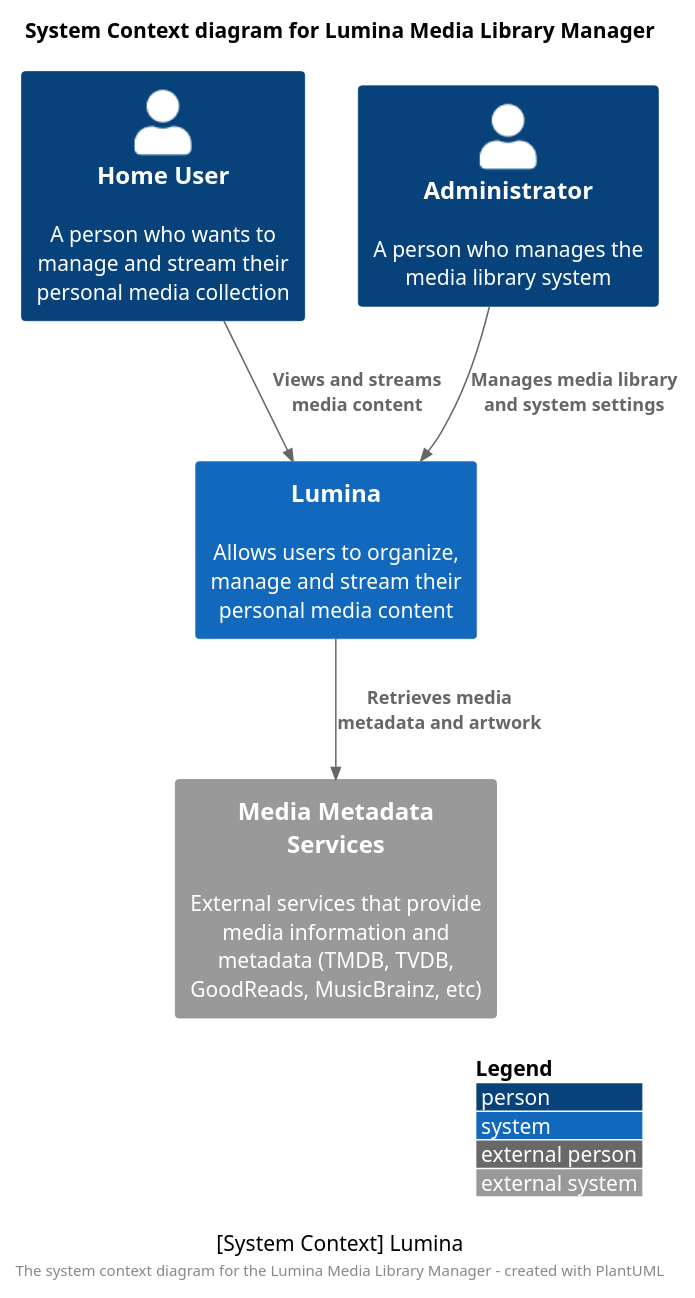
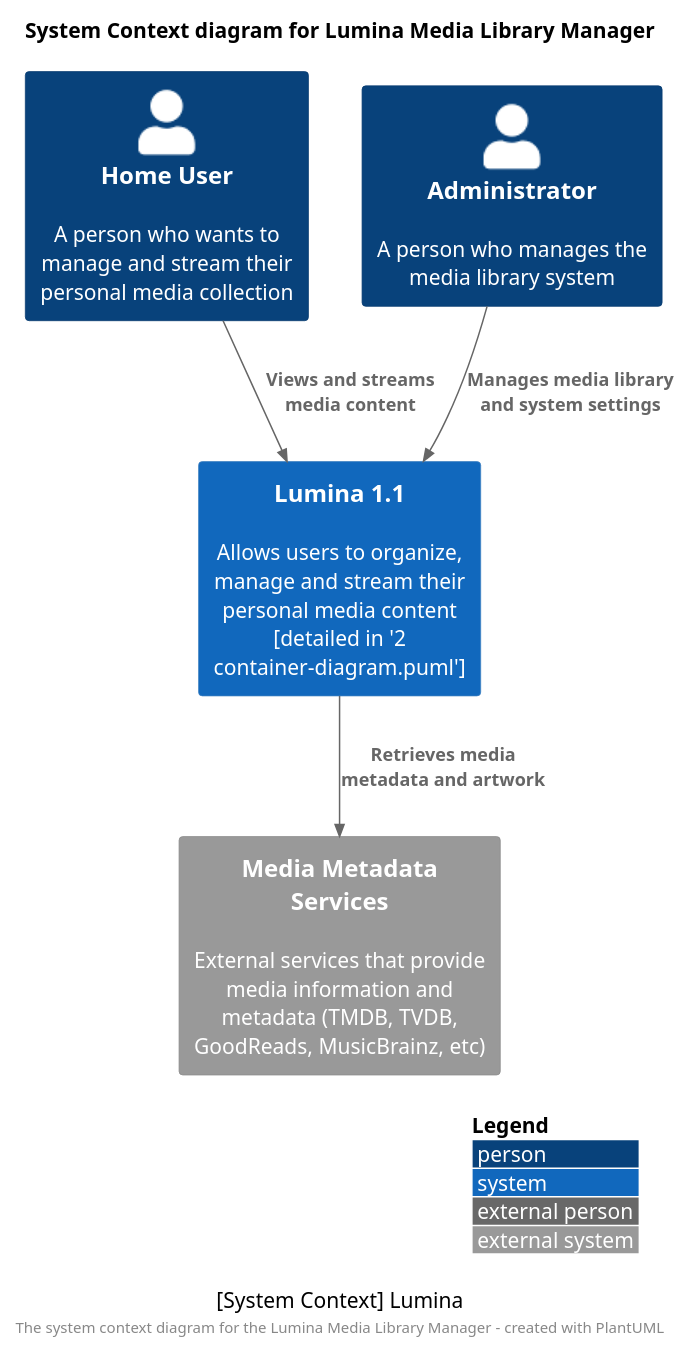
Before and after one commit to BinaryAlley/Lumina: the diagram in docs/technical/architecture/1 system-context-diagram.puml, drawn with PlantUML. The commit also changed 10 other files, not shown here.

Commit message:
Adds remaining architecture diagrams

```diff
--- a/docs/technical/architecture/1 system-context-diagram.puml
+++ b/docs/technical/architecture/1 system-context-diagram.puml
@@ -1,22 +1,22 @@
-@startuml test
+@startuml Lumina System Context Diagram
 !include <C4/C4_Context>
 
 LAYOUT_WITH_LEGEND()
 title System Context diagram for Lumina Media Library Manager
 
 Person(user, "Home User", "A person who wants to manage and stream their personal media collection")
 Person(admin, "Administrator", "A person who manages the media library system")
 
-System(lumina, "Lumina", "Allows users to organize, manage and stream their personal media content")
+System(lumina, "Lumina 1.1", "Allows users to organize, manage and stream their personal media content [detailed in '2 container-diagram.puml']")
 
 System_Ext(metadataProvider, "Media Metadata Services", "External services that provide media information and metadata (TMDB, TVDB, GoodReads, MusicBrainz, etc)")
 
 Rel(user, lumina, "Views and streams media content")
 Rel(admin, lumina, "Manages media library and system settings")
 Rel(lumina, metadataProvider, "Retrieves media metadata and artwork")
 
 caption [System Context] Lumina
 
 footer The system context diagram for the Lumina Media Library Manager - created with PlantUML
 
 @enduml
```
